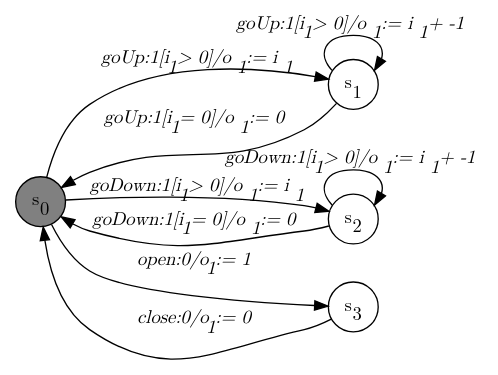
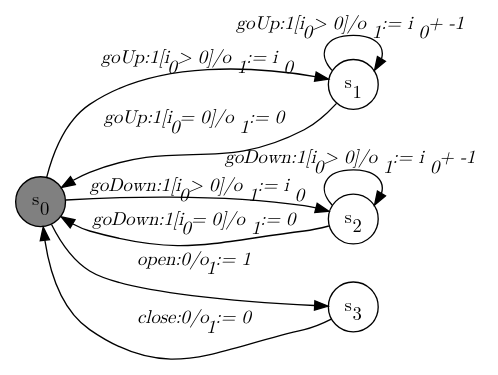
Before and after one commit to jmafoster1/efsm-sal: the diagram in dotfiles/Lift.dot, drawn with Graphviz. The commit also changed 37 other files, not shown here.

```diff
--- a/dotfiles/Lift.dot
+++ b/dotfiles/Lift.dot
@@ -1,19 +1,19 @@
 digraph Lift{
     graph [rankdir="LR", fontname="Latin Modern Math"];
     node [color="black", fillcolor="white", shape="circle", style="filled", fontname="Latin Modern Math"];
     edge [fontname="Latin Modern Math"];
 
     s0[fillcolor="gray", label=<s<sub>0</sub>>];
     s1[label=<s<sub>1</sub>>];
     s2[label=<s<sub>2</sub>>];
     s3[label=<s<sub>3</sub>>];
 
-    s0->s1[label=<<i>goUp:1&#91;i<sub>1</sub> &gt; 0&#93;/o<sub>1</sub> := i<sub>1</sub></i>>];
-    s1->s1[label=<<i>goUp:1&#91;i<sub>1</sub> &gt; 0&#93;/o<sub>1</sub> := i<sub>1</sub> + -1</i>>];
-    s1->s0[label=<<i>goUp:1&#91;i<sub>1</sub> = 0&#93;/o<sub>1</sub> := 0</i>>];
-    s0->s2[label=<<i>goDown:1&#91;i<sub>1</sub> &gt; 0&#93;/o<sub>1</sub> := i<sub>1</sub></i>>];
-    s2->s2[label=<<i>goDown:1&#91;i<sub>1</sub> &gt; 0&#93;/o<sub>1</sub> := i<sub>1</sub> + -1</i>>];
-    s2->s0[label=<<i>goDown:1&#91;i<sub>1</sub> = 0&#93;/o<sub>1</sub> := 0</i>>];
+    s0->s1[label=<<i>goUp:1&#91;i<sub>0</sub> &gt; 0&#93;/o<sub>1</sub> := i<sub>0</sub></i>>];
+    s1->s1[label=<<i>goUp:1&#91;i<sub>0</sub> &gt; 0&#93;/o<sub>1</sub> := i<sub>0</sub> + -1</i>>];
+    s1->s0[label=<<i>goUp:1&#91;i<sub>0</sub> = 0&#93;/o<sub>1</sub> := 0</i>>];
+    s0->s2[label=<<i>goDown:1&#91;i<sub>0</sub> &gt; 0&#93;/o<sub>1</sub> := i<sub>0</sub></i>>];
+    s2->s2[label=<<i>goDown:1&#91;i<sub>0</sub> &gt; 0&#93;/o<sub>1</sub> := i<sub>0</sub> + -1</i>>];
+    s2->s0[label=<<i>goDown:1&#91;i<sub>0</sub> = 0&#93;/o<sub>1</sub> := 0</i>>];
     s0->s3[label=<<i>open:0/o<sub>1</sub> := 1</i>>];
     s3->s0[label=<<i>close:0/o<sub>1</sub> := 0</i>>];
 }
```
